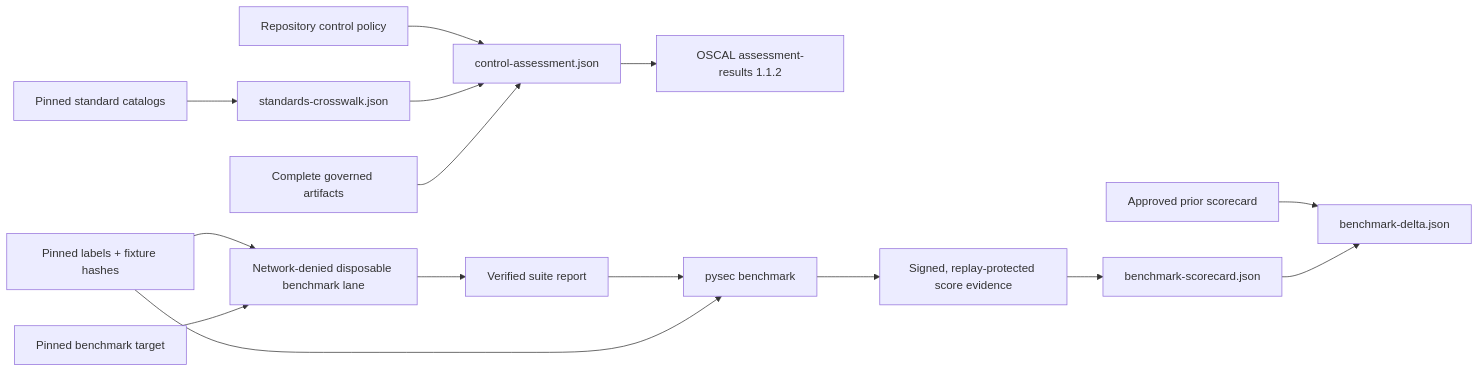
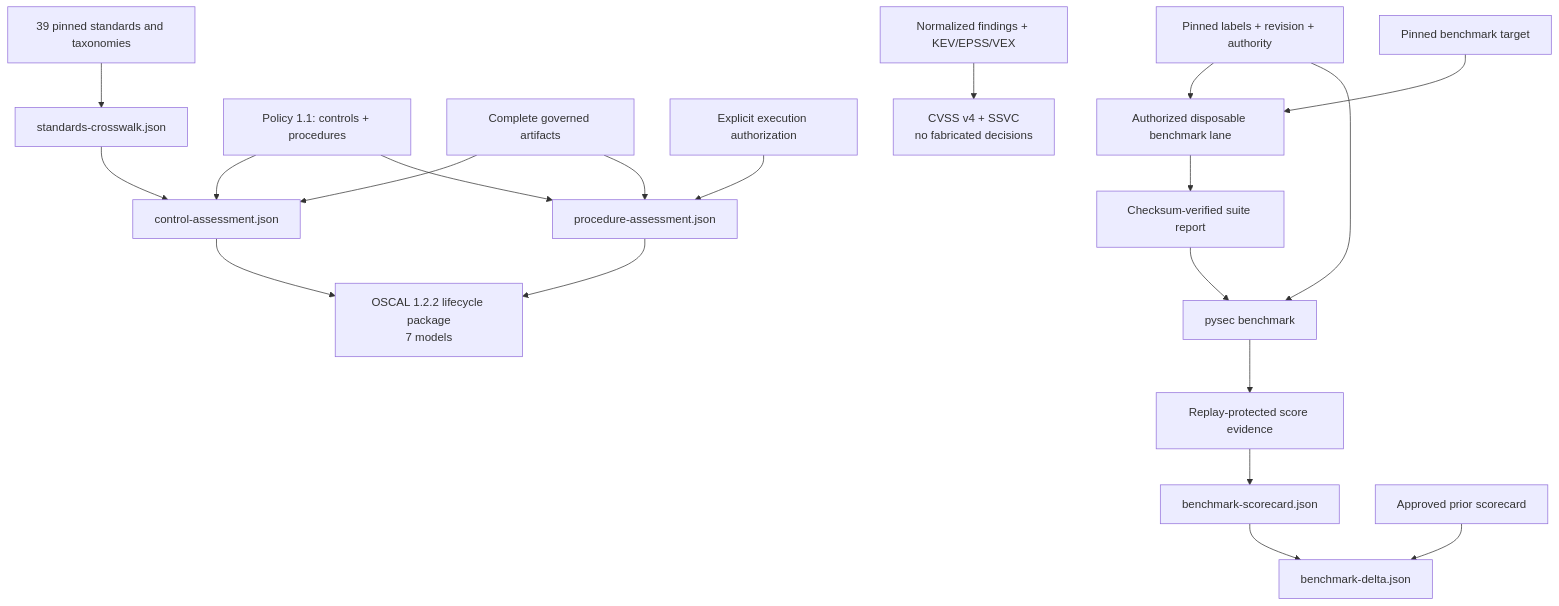
Before and after one commit to willtran87/project-py-security-suite: the diagram in docs/industry-standards-benchmarks.md, drawn with Mermaid. The commit also changed other lines of this file and 32 other files, not shown here.

````diff
--- a/docs/industry-standards-benchmarks.md
+++ b/docs/industry-standards-benchmarks.md
@@ -69,18 +115,23 @@
 ```mermaid
-flowchart LR
-    Catalog["Pinned standard catalogs"] --> Crosswalk["standards-crosswalk.json"]
-    Policy["Repository control policy"] --> Assessment["control-assessment.json"]
-    Crosswalk --> Assessment
-    Evidence["Complete governed artifacts"] --> Assessment
-    Assessment --> OSCAL["OSCAL assessment-results 1.1.2"]
+flowchart TB
+    Catalog["39 pinned standards and taxonomies"] --> Crosswalk["standards-crosswalk.json"]
+    Policy["Policy 1.1: controls + procedures"] --> Control["control-assessment.json"]
+    Policy --> Procedure["procedure-assessment.json"]
+    Evidence["Complete governed artifacts"] --> Control
+    Evidence --> Procedure
+    Authorization["Explicit execution authorization"] --> Procedure
+    Crosswalk --> Control
+    Control --> OSCAL["OSCAL 1.2.2 lifecycle package<br/>7 models"]
+    Procedure --> OSCAL
 
-    Corpus["Pinned labels + fixture hashes"] --> Lane["Network-denied disposable benchmark lane"]
+    Findings["Normalized findings + KEV/EPSS/VEX"] --> Priority["CVSS v4 + SSVC<br/>no fabricated decisions"]
+    Corpus["Pinned labels + revision + authority"] --> Lane["Authorized disposable benchmark lane"]
     Target["Pinned benchmark target"] --> Lane
-    Lane --> Report["Verified suite report"]
+    Lane --> Report["Checksum-verified suite report"]
     Report --> Evaluate["pysec benchmark"]
     Corpus --> Evaluate
-    Evaluate --> Score["Signed, replay-protected score evidence"]
+    Evaluate --> Score["Replay-protected score evidence"]
     Score --> Scorecard["benchmark-scorecard.json"]
     Baseline["Approved prior scorecard"] --> Delta["benchmark-delta.json"]
     Scorecard --> Delta
 ```
````
